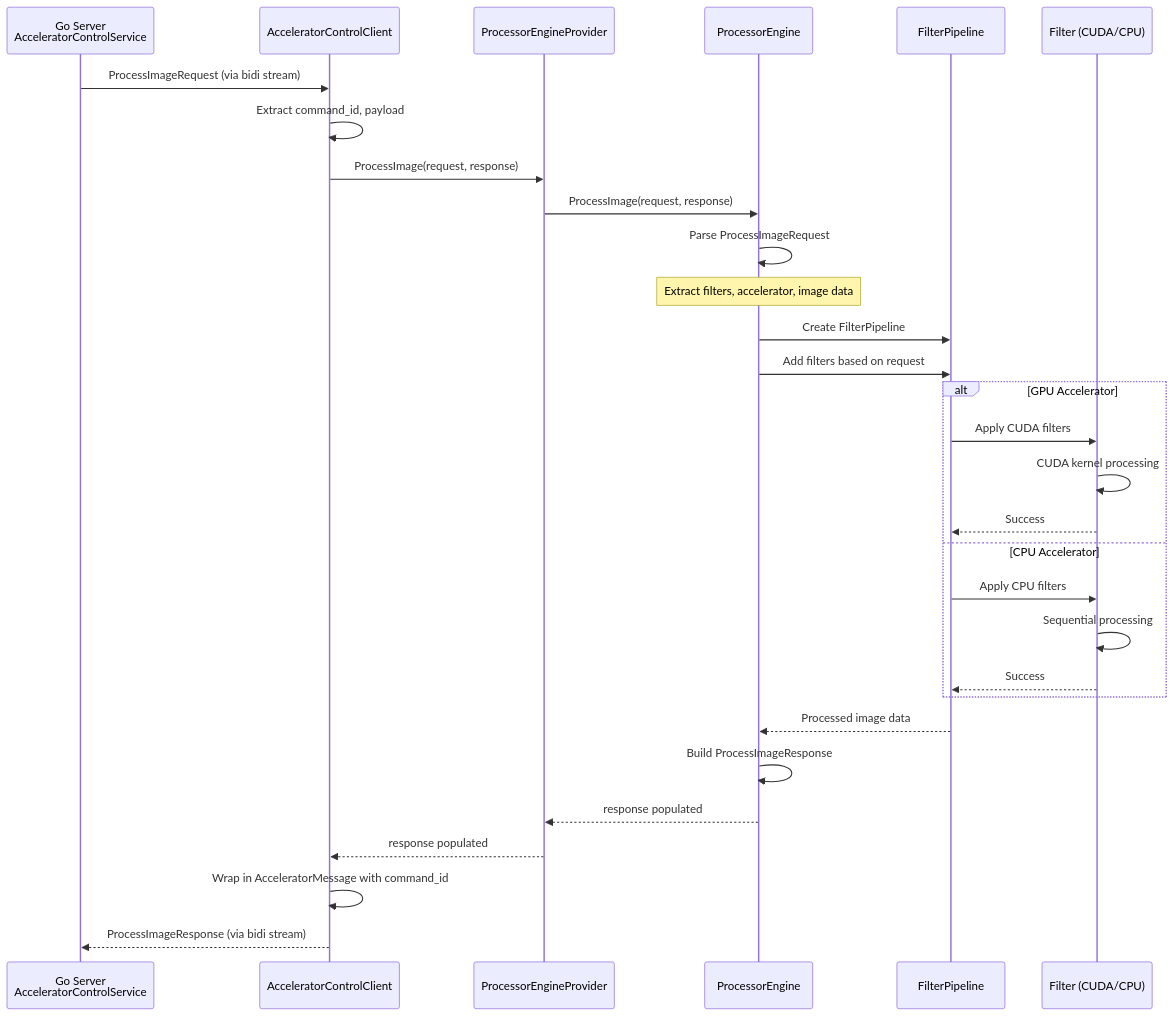
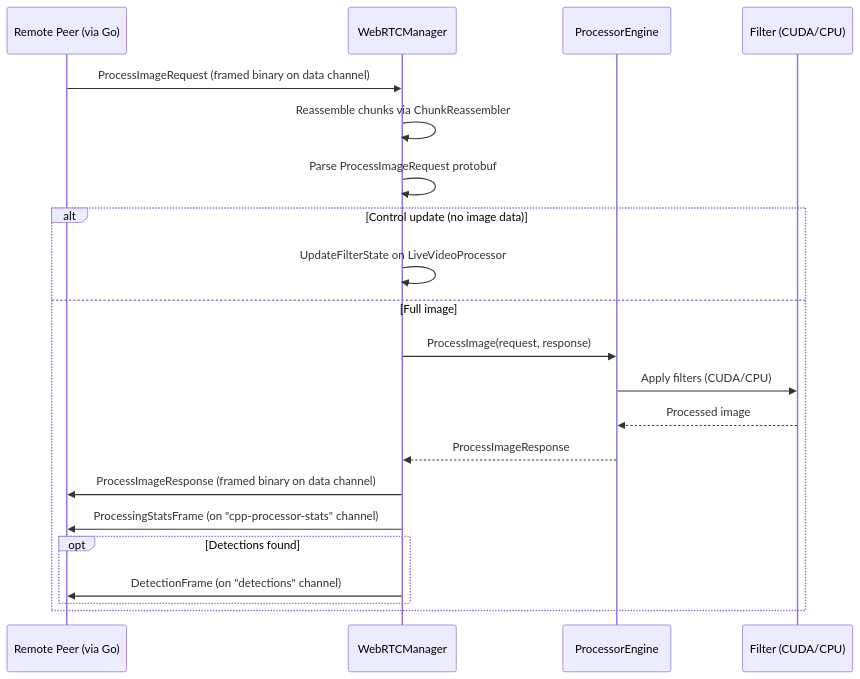
Before and after one commit to josnelihurt/learning-cuda: the fifth of 6 diagrams in src/cpp_accelerator/README.md, drawn with Mermaid. The commit also changed other lines of this file and 199 other files, not shown here.

````diff
--- a/src/cpp_accelerator/README.md
+++ b/src/cpp_accelerator/README.md
@@ -280,38 +240,25 @@
 ```mermaid
 sequenceDiagram
-    participant GoServer as Go Server<br/>AcceleratorControlService
-    participant Client as AcceleratorControlClient
-    participant Provider as ProcessorEngineProvider
+    participant Peer as Remote Peer (via Go)
+    participant WRTC as WebRTCManager
     participant Engine as ProcessorEngine
-    participant Pipeline as FilterPipeline
     participant Filter as Filter (CUDA/CPU)
-    
-    GoServer->>Client: ProcessImageRequest (via bidi stream)
-    Client->>Client: Extract command_id, payload
-    
-    Client->>Provider: ProcessImage(request, response)
-    Provider->>Engine: ProcessImage(request, response)
-    
-    Engine->>Engine: Parse ProcessImageRequest
-    Note over Engine: Extract filters, accelerator, image data
-    
-    Engine->>Pipeline: Create FilterPipeline
-    Engine->>Pipeline: Add filters based on request
-    
-    alt GPU Accelerator
-        Pipeline->>Filter: Apply CUDA filters
-        Filter->>Filter: CUDA kernel processing
-        Filter-->>Pipeline: Success
-    else CPU Accelerator
-        Pipeline->>Filter: Apply CPU filters
-        Filter->>Filter: Sequential processing
-        Filter-->>Pipeline: Success
+
+    Peer->>WRTC: ProcessImageRequest (framed binary on data channel)
+    WRTC->>WRTC: Reassemble chunks via ChunkReassembler
+    WRTC->>WRTC: Parse ProcessImageRequest protobuf
+
+    alt Control update (no image data)
+        WRTC->>WRTC: UpdateFilterState on LiveVideoProcessor
+    else Full image
+        WRTC->>Engine: ProcessImage(request, response)
+        Engine->>Filter: Apply filters (CUDA/CPU)
+        Filter-->>Engine: Processed image
+        Engine-->>WRTC: ProcessImageResponse
+        WRTC->>Peer: ProcessImageResponse (framed binary on data channel)
+        WRTC->>Peer: ProcessingStatsFrame (on "cpp-processor-stats" channel)
+        opt Detections found
+            WRTC->>Peer: DetectionFrame (on "detections" channel)
+        end
     end
-    
-    Pipeline-->>Engine: Processed image data
-    Engine->>Engine: Build ProcessImageResponse
-    Engine-->>Provider: response populated
-    Provider-->>Client: response populated
-    Client->>Client: Wrap in AcceleratorMessage with command_id
-    Client-->>GoServer: ProcessImageResponse (via bidi stream)
 ```
````
